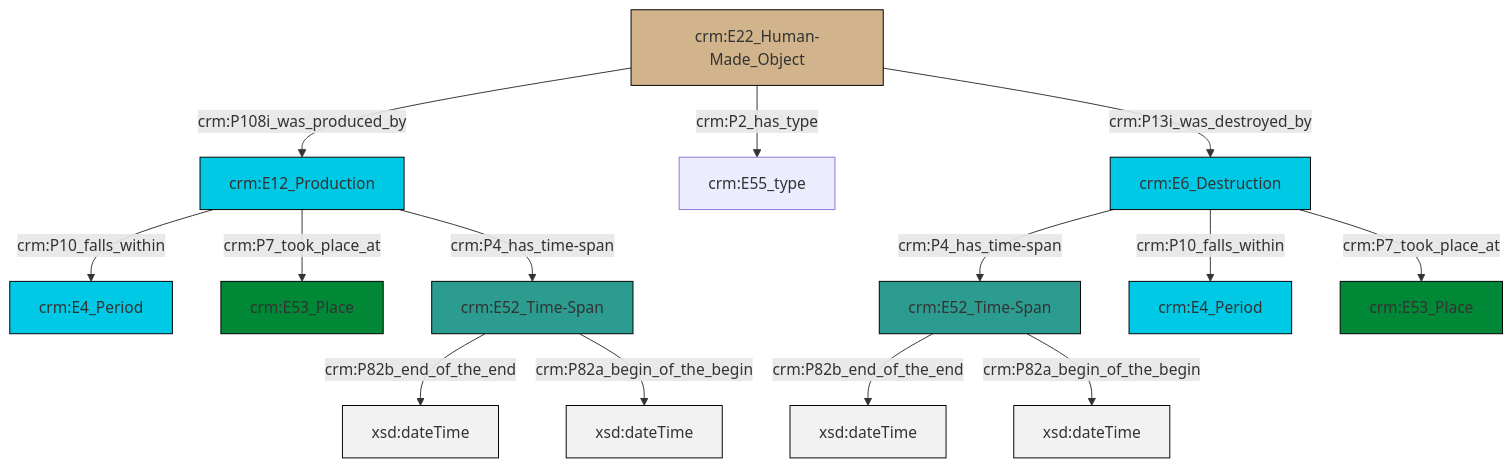
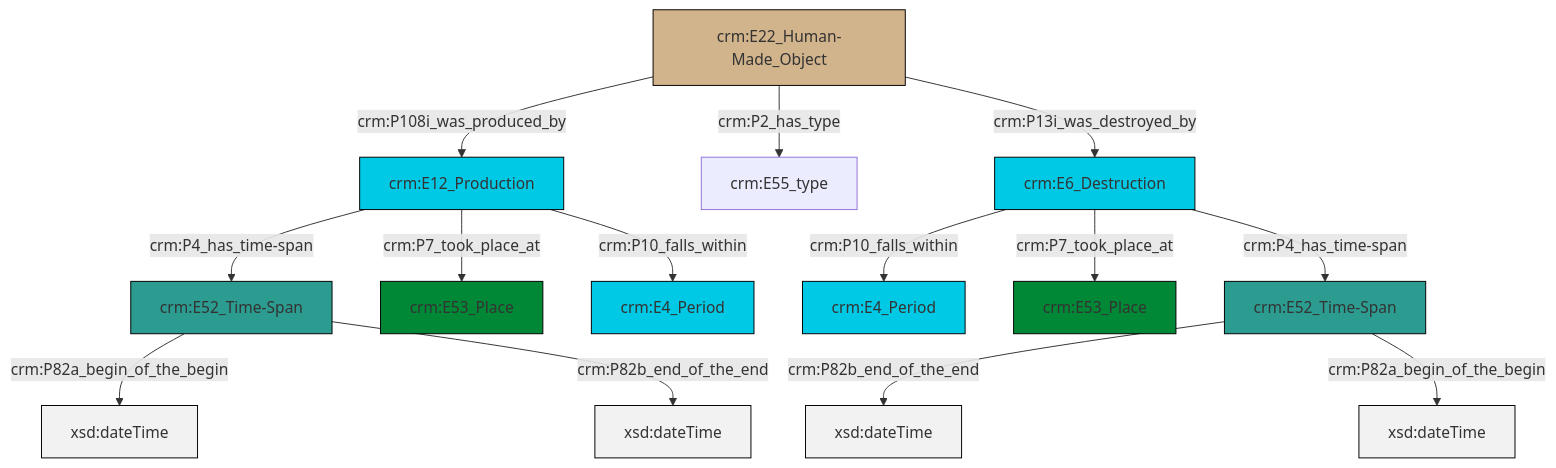
Before and after one commit to swiss-art-research-net/reference-data-models: the diagram in et/builtWorkCSV/ttl/mmd/Built_Work_existence.ttl.mmd, drawn with Mermaid. The commit also changed 127 other files, not shown here.

```diff
--- a/et/builtWorkCSV/ttl/mmd/Built_Work_existence.ttl.mmd
+++ b/et/builtWorkCSV/ttl/mmd/Built_Work_existence.ttl.mmd
@@ -1,28 +1,28 @@
 graph TD
 classDef Literal fill:#f2f2f2,stroke:#000000;
 classDef CRM_Entity fill:#FFFFFF,stroke:#000000;
 classDef Temporal_Entity fill:#00C9E6, stroke:#000000;
 classDef Type fill:#E18312, stroke:#000000;
 classDef Time-Span fill:#2C9C91, stroke:#000000;
 classDef Appellation fill:#FFEB7F, stroke:#000000;
 classDef Place fill:#008836, stroke:#000000;
 classDef Persistent_Item fill:#B266B2, stroke:#000000;
 classDef Conceptual_Object fill:#FFD700, stroke:#000000;
 classDef Physical_Thing fill:#D2B48C, stroke:#000000;
 classDef Actor fill:#f58aad, stroke:#000000;
 classDef PC_Classes fill:#4ce600, stroke:#000000;
 classDef Multi fill:#cccccc,stroke:#000000;
 
-0["crm:E6_Destruction"]:::Temporal_Entity -->|crm:P4_has_time-span| 1["crm:E52_Time-Span"]:::Time-Span
-0["crm:E6_Destruction"]:::Temporal_Entity -->|crm:P10_falls_within| 4["crm:E4_Period"]:::Temporal_Entity
-1["crm:E52_Time-Span"]:::Time-Span -->|crm:P82b_end_of_the_end| 5[xsd:dateTime]:::Literal
-1["crm:E52_Time-Span"]:::Time-Span -->|crm:P82a_begin_of_the_begin| 6[xsd:dateTime]:::Literal
-2["crm:E22_Human-Made_Object"]:::Physical_Thing -->|crm:P108i_was_produced_by| 9["crm:E12_Production"]:::Temporal_Entity
-9["crm:E12_Production"]:::Temporal_Entity -->|crm:P10_falls_within| 10["crm:E4_Period"]:::Temporal_Entity
-12["crm:E52_Time-Span"]:::Time-Span -->|crm:P82b_end_of_the_end| 13[xsd:dateTime]:::Literal
-12["crm:E52_Time-Span"]:::Time-Span -->|crm:P82a_begin_of_the_begin| 14[xsd:dateTime]:::Literal
-2["crm:E22_Human-Made_Object"]:::Physical_Thing -->|crm:P2_has_type| 15["crm:E55_type"]:::Default
-9["crm:E12_Production"]:::Temporal_Entity -->|crm:P7_took_place_at| 16["crm:E53_Place"]:::Place
-0["crm:E6_Destruction"]:::Temporal_Entity -->|crm:P7_took_place_at| 7["crm:E53_Place"]:::Place
-2["crm:E22_Human-Made_Object"]:::Physical_Thing -->|crm:P13i_was_destroyed_by| 0["crm:E6_Destruction"]:::Temporal_Entity
-9["crm:E12_Production"]:::Temporal_Entity -->|crm:P4_has_time-span| 12["crm:E52_Time-Span"]:::Time-Span
+0["crm:E52_Time-Span"]:::Time-Span -->|crm:P82a_begin_of_the_begin| 1[xsd:dateTime]:::Literal
+2["crm:E6_Destruction"]:::Temporal_Entity -->|crm:P10_falls_within| 3["crm:E4_Period"]:::Temporal_Entity
+9["crm:E22_Human-Made_Object"]:::Physical_Thing -->|crm:P108i_was_produced_by| 10["crm:E12_Production"]:::Temporal_Entity
+2["crm:E6_Destruction"]:::Temporal_Entity -->|crm:P7_took_place_at| 11["crm:E53_Place"]:::Place
+10["crm:E12_Production"]:::Temporal_Entity -->|crm:P4_has_time-span| 0["crm:E52_Time-Span"]:::Time-Span
+10["crm:E12_Production"]:::Temporal_Entity -->|crm:P7_took_place_at| 5["crm:E53_Place"]:::Place
+10["crm:E12_Production"]:::Temporal_Entity -->|crm:P10_falls_within| 12["crm:E4_Period"]:::Temporal_Entity
+9["crm:E22_Human-Made_Object"]:::Physical_Thing -->|crm:P2_has_type| 13["crm:E55_type"]:::Default
+9["crm:E22_Human-Made_Object"]:::Physical_Thing -->|crm:P13i_was_destroyed_by| 2["crm:E6_Destruction"]:::Temporal_Entity
+2["crm:E6_Destruction"]:::Temporal_Entity -->|crm:P4_has_time-span| 7["crm:E52_Time-Span"]:::Time-Span
+0["crm:E52_Time-Span"]:::Time-Span -->|crm:P82b_end_of_the_end| 19[xsd:dateTime]:::Literal
+7["crm:E52_Time-Span"]:::Time-Span -->|crm:P82b_end_of_the_end| 21[xsd:dateTime]:::Literal
+7["crm:E52_Time-Span"]:::Time-Span -->|crm:P82a_begin_of_the_begin| 23[xsd:dateTime]:::Literal
```
